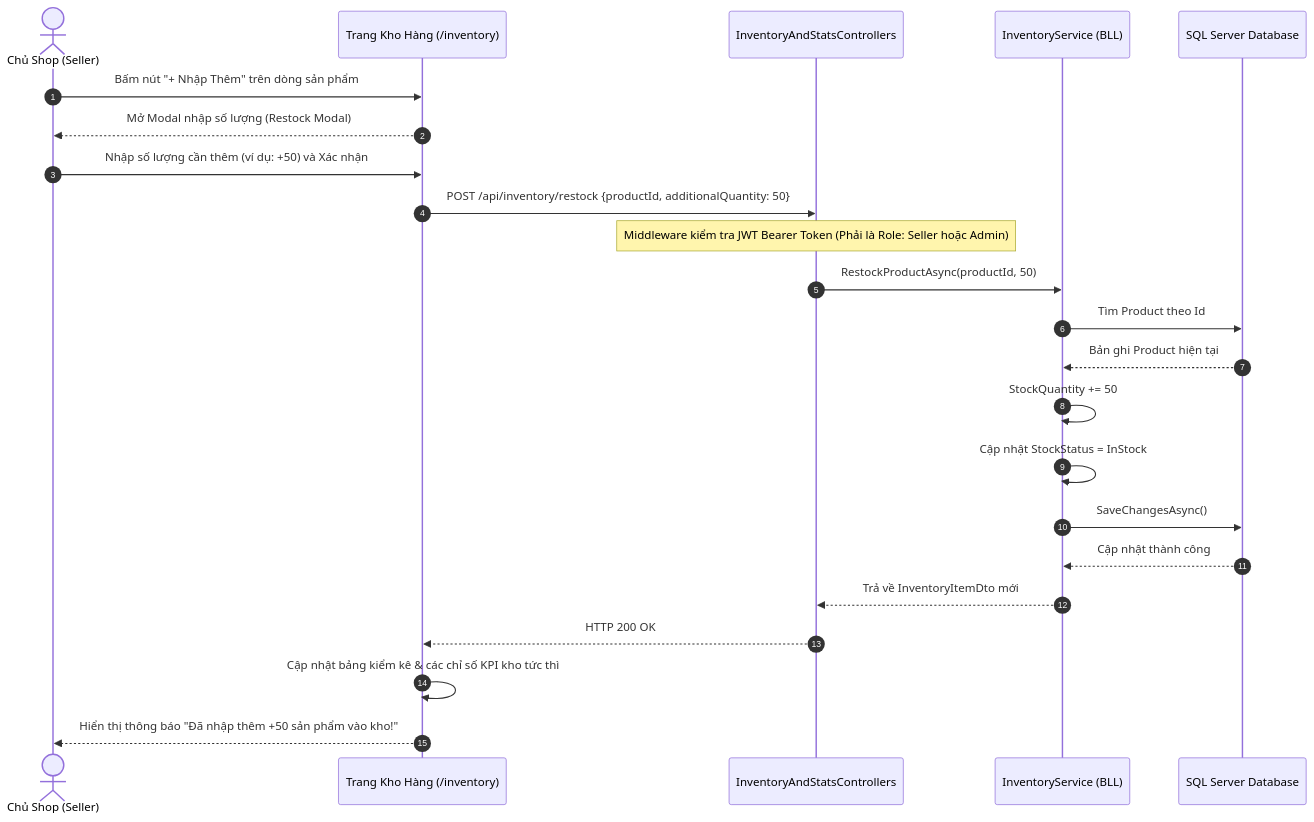
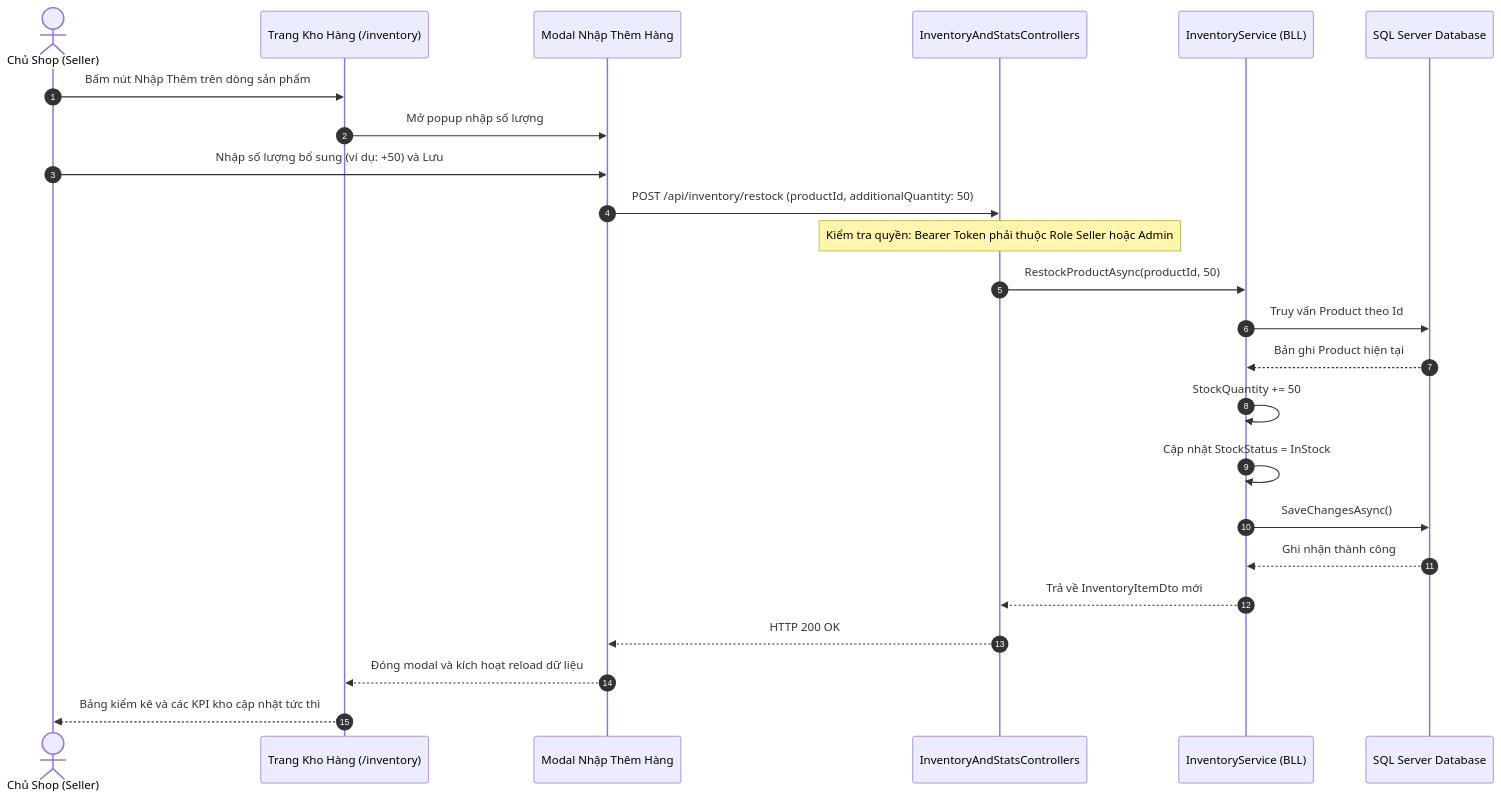
One commit to longthan12334/He-thong-thuong-mai-ien-tu-tich-hop-AI changed diagram 13 of 16 in BAO_CAO_THIET_KE_HE_THONG.md. Above: the diagram before and after it, drawn with Mermaid. The commit also changed other lines of this file, not shown here.

````diff
--- a/BAO_CAO_THIET_KE_HE_THONG.md
+++ b/BAO_CAO_THIET_KE_HE_THONG.md
@@ -504,29 +601,30 @@
 ```mermaid
 sequenceDiagram
     autonumber
     actor Seller as Chủ Shop (Seller)
     participant InvUI as Trang Kho Hàng (/inventory)
+    participant RestockModal as Modal Nhập Thêm Hàng
     participant InvAPI as InventoryAndStatsControllers
     participant InvService as InventoryService (BLL)
     participant DB as SQL Server Database
 
-    Seller->>InvUI: Bấm nút "+ Nhập Thêm" trên dòng sản phẩm
-    InvUI-->>Seller: Mở Modal nhập số lượng (Restock Modal)
-    Seller->>InvUI: Nhập số lượng cần thêm (ví dụ: +50) và Xác nhận
-    InvUI->>InvAPI: POST /api/inventory/restock {productId, additionalQuantity: 50}
+    Seller->>InvUI: Bấm nút Nhập Thêm trên dòng sản phẩm
+    InvUI->>RestockModal: Mở popup nhập số lượng
+    Seller->>RestockModal: Nhập số lượng bổ sung (ví dụ: +50) và Lưu
+    RestockModal->>InvAPI: POST /api/inventory/restock (productId, additionalQuantity: 50)
     
-    note over InvAPI: Middleware kiểm tra JWT Bearer Token (Phải là Role: Seller hoặc Admin)
+    note over InvAPI: Kiểm tra quyền: Bearer Token phải thuộc Role Seller hoặc Admin
     InvAPI->>InvService: RestockProductAsync(productId, 50)
-    InvService->>DB: Tìm Product theo Id
+    InvService->>DB: Truy vấn Product theo Id
     DB-->>InvService: Bản ghi Product hiện tại
     
     InvService->>InvService: StockQuantity += 50
     InvService->>InvService: Cập nhật StockStatus = InStock
     InvService->>DB: SaveChangesAsync()
-    DB-->>InvService: Cập nhật thành công
+    DB-->>InvService: Ghi nhận thành công
     
     InvService-->>InvAPI: Trả về InventoryItemDto mới
-    InvAPI-->>InvUI: HTTP 200 OK
-    InvUI->>InvUI: Cập nhật bảng kiểm kê & các chỉ số KPI kho tức thì
-    InvUI-->>Seller: Hiển thị thông báo "Đã nhập thêm +50 sản phẩm vào kho!"
+    InvAPI-->>RestockModal: HTTP 200 OK
+    RestockModal-->>InvUI: Đóng modal và kích hoạt reload dữ liệu
+    InvUI-->>Seller: Bảng kiểm kê và các KPI kho cập nhật tức thì
 ```
````
